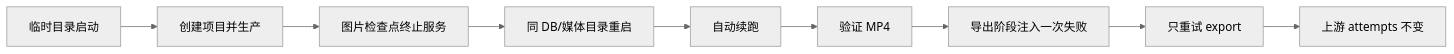
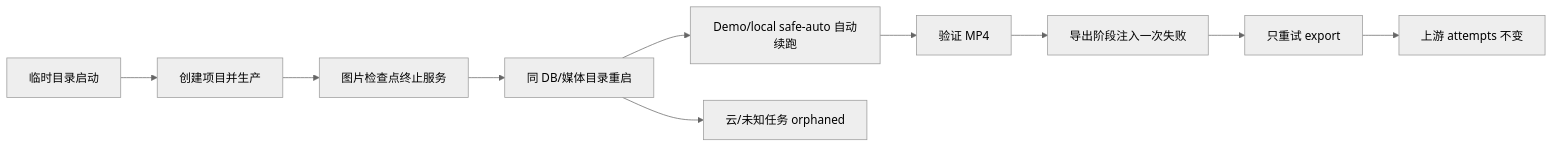
Before and after one commit to 728792899-create/aigc-video-platform: the second of 3 diagrams in docs/testing-ci.md, drawn with Mermaid (neutral theme). The commit also changed other lines of this file and 318 other files, not shown here.

````diff
--- a/docs/testing-ci.md
+++ b/docs/testing-ci.md
@@ -61,11 +65,12 @@
 ```mermaid
 flowchart LR
   Start["临时目录启动"] --> Produce["创建项目并生产"]
   Produce --> Kill["图片检查点终止服务"]
   Kill --> Restart["同 DB/媒体目录重启"]
-  Restart --> Resume["自动续跑"]
+  Restart --> Resume["Demo/local safe-auto 自动续跑"]
+  Restart --> Orphan["云/未知任务 orphaned"]
   Resume --> MP4["验证 MP4"]
   MP4 --> Inject["导出阶段注入一次失败"]
   Inject --> Retry["只重试 export"]
   Retry --> Assert["上游 attempts 不变"]
 ```
````
